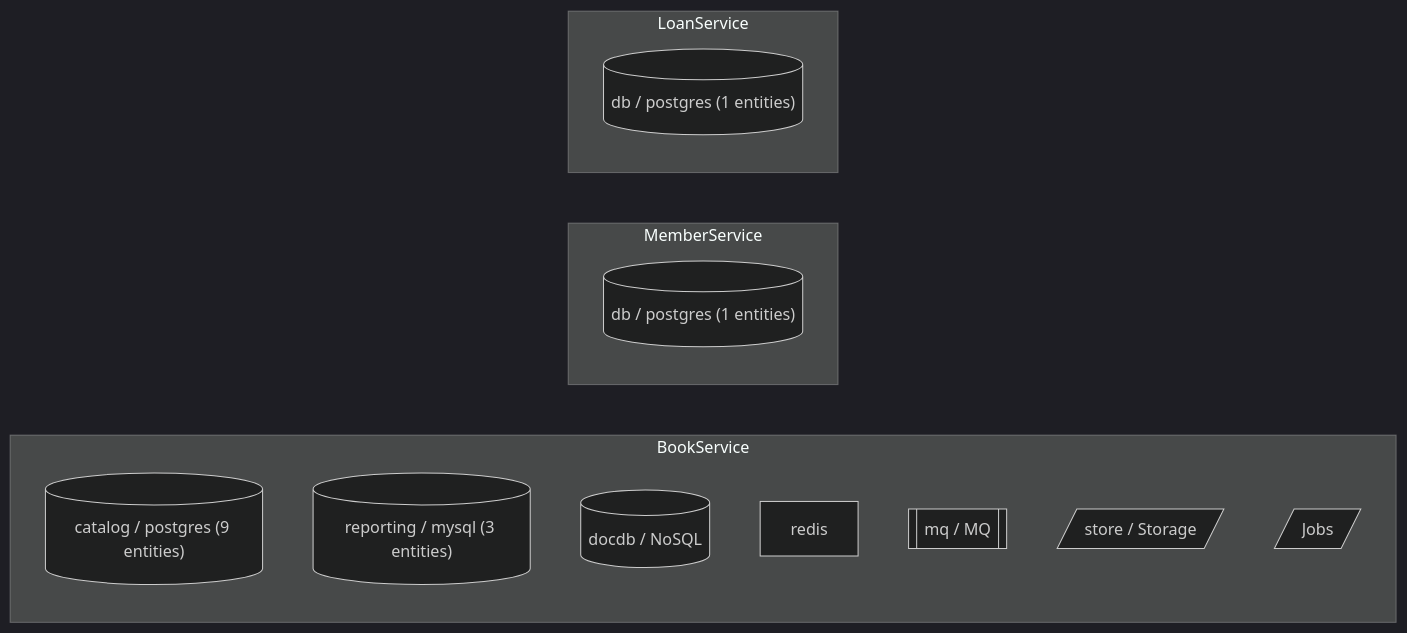
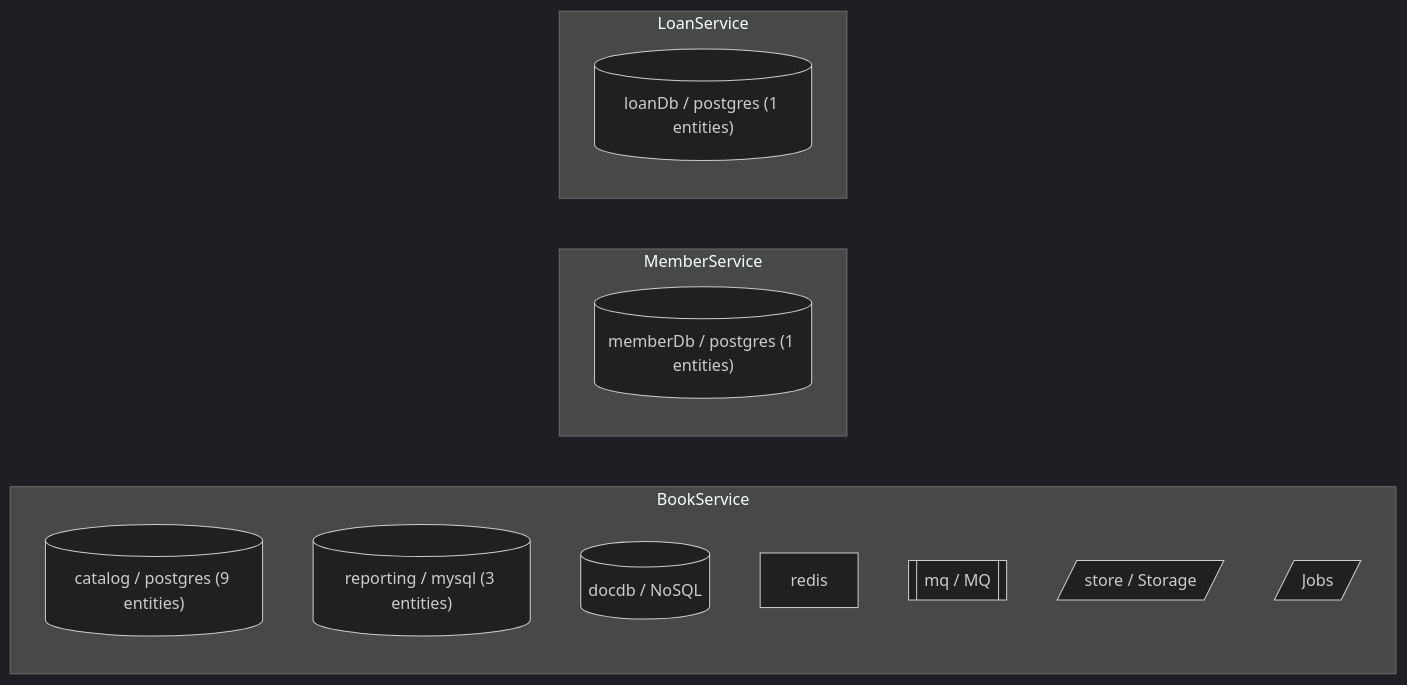
One commit to keturk/datrix changed the diagram in examples/01-tutorial/34-advanced-cache/docs/diagrams/infrastructure.md. Above: the diagram before and after it, drawn with Mermaid (dark theme). The commit also changed 158 other files, not shown here.

First line of the commit message:
Examples: name RDBMS blocks and align diagrams/docs with multi-datasource style

````diff
--- a/examples/01-tutorial/34-advanced-cache/docs/diagrams/infrastructure.md
+++ b/examples/01-tutorial/34-advanced-cache/docs/diagrams/infrastructure.md
@@ -3,18 +3,18 @@
 ```mermaid
 graph LR
     subgraph "BookService"
     book_service_rdbms_catalog[("catalog / postgres (9 entities)")]
     book_service_rdbms_reporting[("reporting / mysql (3 entities)")]
     book_service_nosql_docdb[("docdb / NoSQL")]
     book_service_cache["redis"]
     book_service_mq_mq[["mq / MQ"]]
     book_service_storage_store[/"store / Storage"/]
     book_service_jobs[/"Jobs"/]
     end
     subgraph "MemberService"
-    member_service_rdbms_db[("db / postgres (1 entities)")]
+    member_service_rdbms_member_db[("memberDb / postgres (1 entities)")]
     end
     subgraph "LoanService"
-    loan_service_rdbms_db[("db / postgres (1 entities)")]
+    loan_service_rdbms_loan_db[("loanDb / postgres (1 entities)")]
     end
 ```
````
